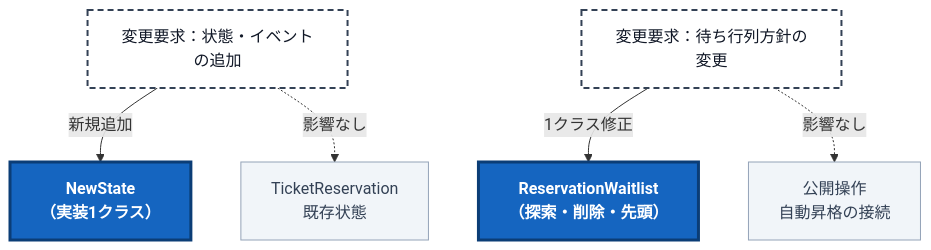
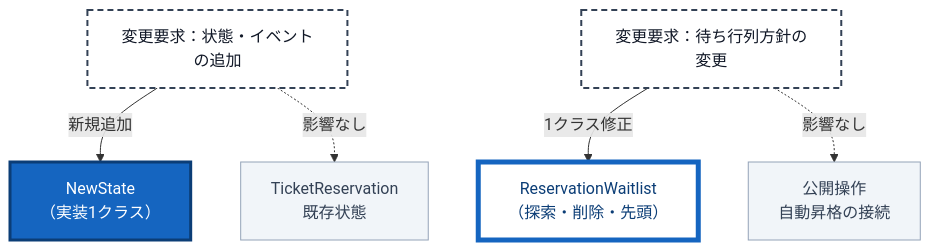
Before and after one commit to kumachan1101-pixel/DesignPattern: diagram 15 of 18 in kindle/design-patterns/books/volume01-core-patterns/output/04-chapter02.md, drawn with Mermaid. The commit also changed other lines of this file and 11 other files, not shown here.

First line of the commit message:
図の印を「新しく作る／開いて直す」へ分け、抜粋の改変を直す

````diff
--- a/kindle/design-patterns/books/volume01-core-patterns/output/04-chapter02.md
+++ b/kindle/design-patterns/books/volume01-core-patterns/output/04-chapter02.md
@@ -2979,13 +2981,14 @@
 ```mermaid
 graph TD
     T1["変更要求：状態・イベントの追加"]:::req
-        -->|新規追加| N1["NewState<br>（実装1クラス）"]:::changed
+        -->|新規追加| N1["NewState<br>（実装1クラス）"]:::added
     T2["変更要求：待ち行列方針の変更"]:::req
-        -->|1クラス修正| N2["ReservationWaitlist<br>（探索・削除・先頭）"]:::changed
+        -->|1クラス修正| N2["ReservationWaitlist<br>（探索・削除・先頭）"]:::touched
     T1 -. "影響なし" .-> A["TicketReservation<br>既存状態"]:::keep
     T2 -. "影響なし" .-> B["公開操作<br>自動昇格の接続"]:::keep
 
     classDef req fill:#ffffff,stroke:#334155,stroke-width:2px,stroke-dasharray:6 4,color:#111827;
     classDef keep fill:#f1f5f9,stroke:#94a3b8,color:#334155;
-    classDef changed fill:#1565c0,stroke:#0b3d76,stroke-width:3px,color:#ffffff,font-weight:bold;
+    classDef added fill:#1565c0,stroke:#0b3d76,stroke-width:3px,color:#ffffff;
+    classDef touched fill:#ffffff,stroke:#1565c0,stroke-width:5px,color:#0b3d76;
 ```
````
